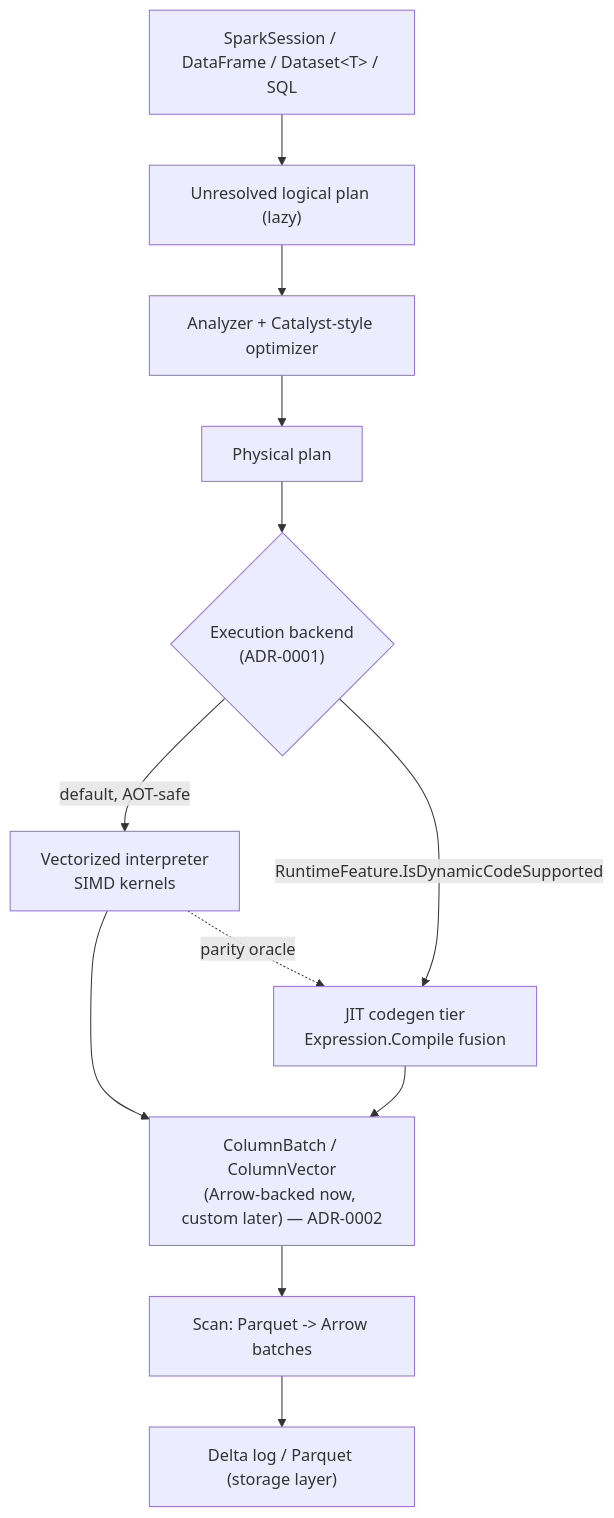
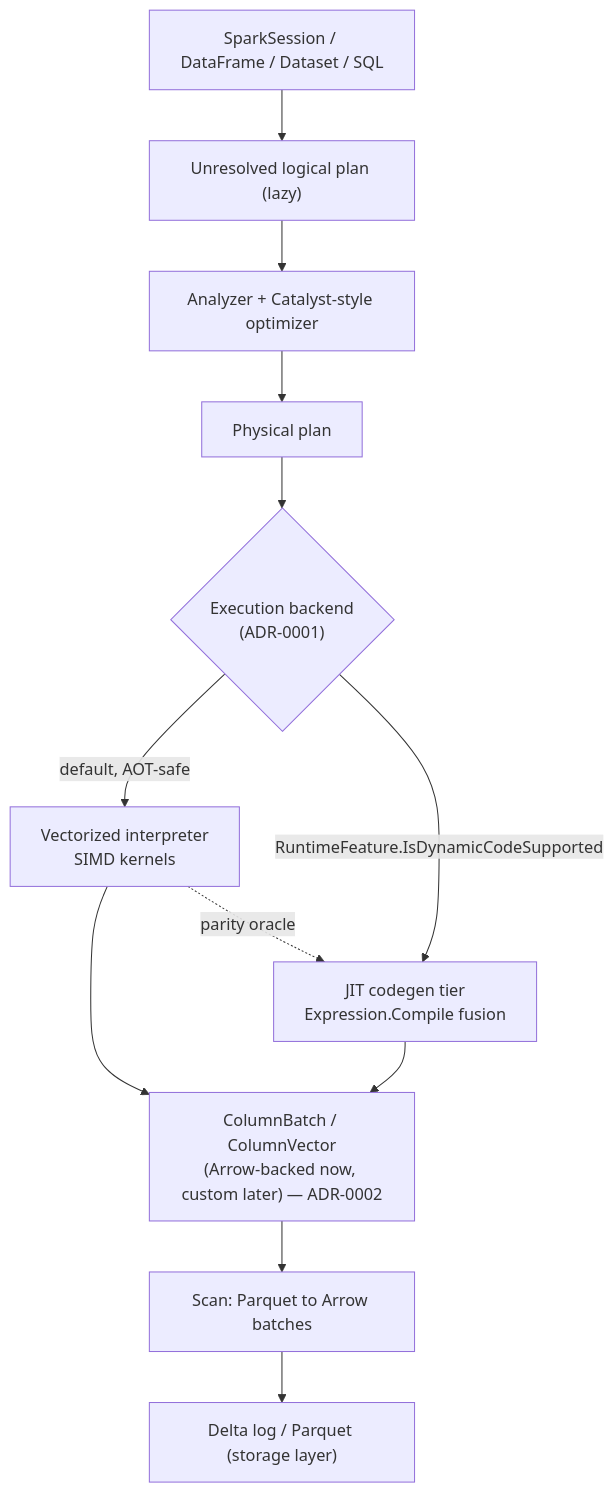
One commit to khaines/deltasharp changed the first of 2 diagrams in docs/engineering/design/engine-architecture.md. Above: the diagram before and after it, drawn with Mermaid. The commit also changed other lines of this file, not shown here.

Commit message:
Fix Mermaid diagrams: quote edge label with parens, drop HTML entities
The distributed-runtime diagram failed to parse (and would not render anywhere, GitHub included) because an edge label contained unquoted parentheses: |Arrow Flight fetch (data plane) ...|. Quote it. Also replace HTML entities (Dataset&lt;T&gt;, -&gt;) in the query-path diagram that rendered literally in some viewers. All diagrams now render cleanly (verified with mermaid-cli).

````diff
--- a/docs/engineering/design/engine-architecture.md
+++ b/docs/engineering/design/engine-architecture.md
@@ -25,14 +25,14 @@
 ```mermaid
 graph TD
-  API["SparkSession / DataFrame / Dataset&lt;T&gt; / SQL"] --> LP["Unresolved logical plan (lazy)"]
+  API["SparkSession / DataFrame / Dataset / SQL"] --> LP["Unresolved logical plan (lazy)"]
   LP --> AN["Analyzer + Catalyst-style optimizer"]
   AN --> PP["Physical plan"]
   PP --> EB{"Execution backend<br/>(ADR-0001)"}
   EB -->|default, AOT-safe| INT["Vectorized interpreter<br/>SIMD kernels"]
   EB -->|RuntimeFeature.IsDynamicCodeSupported| COD["JIT codegen tier<br/>Expression.Compile fusion"]
   INT --> CB["ColumnBatch / ColumnVector<br/>(Arrow-backed now, custom later) — ADR-0002"]
   COD --> CB
-  CB --> SC["Scan: Parquet -&gt; Arrow batches"]
+  CB --> SC["Scan: Parquet to Arrow batches"]
   SC --> DL["Delta log / Parquet (storage layer)"]
   INT -. parity oracle .-> COD
 ```
````
